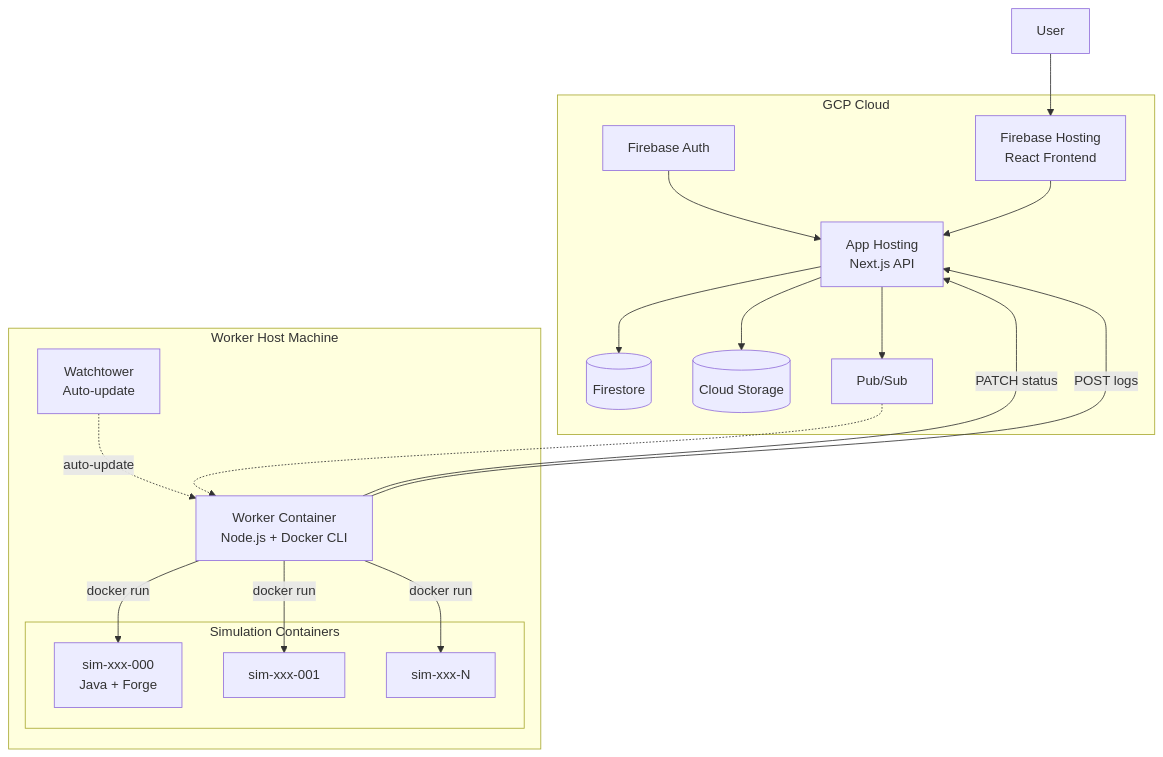
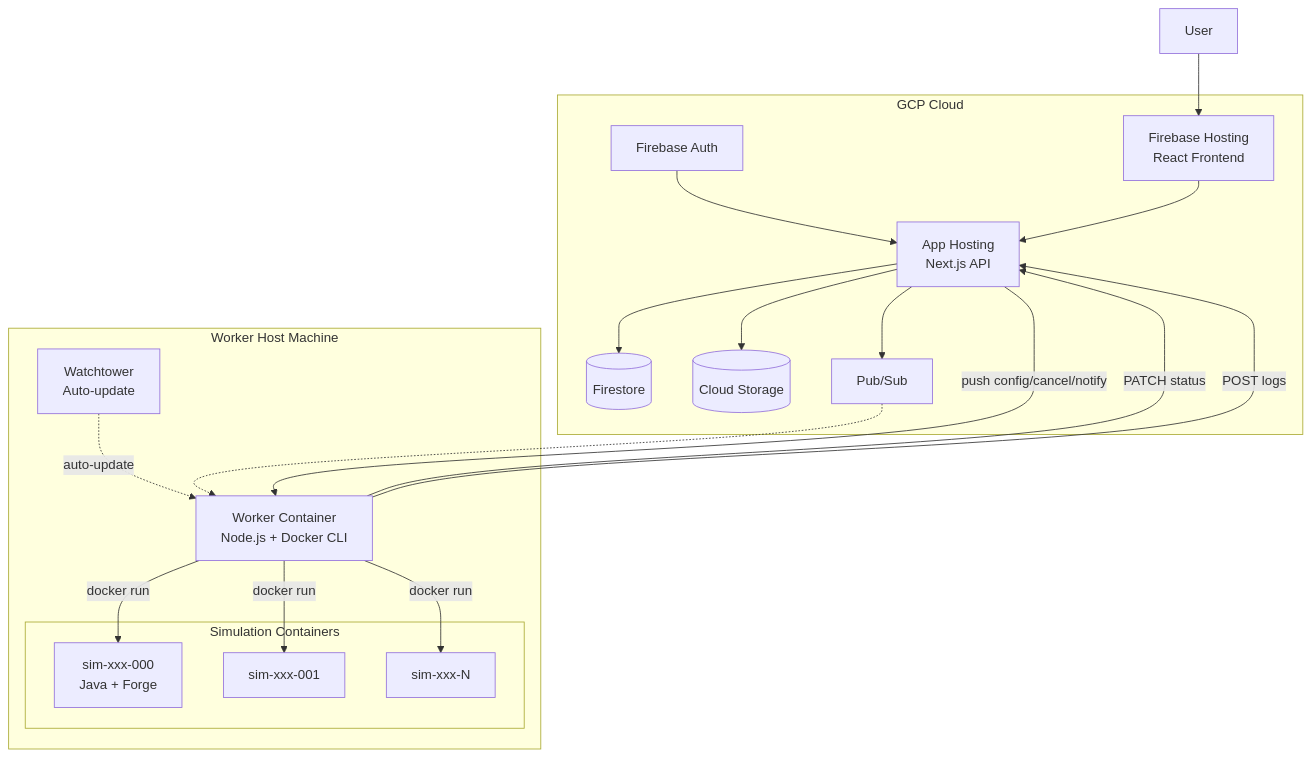
The first of 5 diagrams in docs/ARCHITECTURE.md (TytaniumDev/MagicBracketSimulator), drawn with Mermaid before and after one commit. The commit also changed other lines of this file and 18 other files, not shown here.

First line of the commit message:
Add worker HTTP API for push-based control (config, cancel, notify, drain)

````diff
--- a/docs/ARCHITECTURE.md
+++ b/docs/ARCHITECTURE.md
@@ -21,37 +21,38 @@
 ```mermaid
 flowchart TB
     subgraph gcp [GCP Cloud]
         AppHosting[App Hosting<br/>Next.js API]
         Firestore[(Firestore)]
         GCS[(Cloud Storage)]
         PubSub[Pub/Sub]
         FirebaseAuth[Firebase Auth]
         FirebaseHosting[Firebase Hosting<br/>React Frontend]
         AppHosting --> Firestore
         AppHosting --> GCS
         AppHosting --> PubSub
         FirebaseAuth --> AppHosting
     end
 
     subgraph worker_host [Worker Host Machine]
         Worker[Worker Container<br/>Node.js + Docker CLI]
         Watchtower[Watchtower<br/>Auto-update]
 
         subgraph sims [Simulation Containers]
             Sim1[sim-xxx-000<br/>Java + Forge]
             Sim2[sim-xxx-001]
             SimN[sim-xxx-N]
         end
 
         Worker -->|docker run| Sim1
         Worker -->|docker run| Sim2
         Worker -->|docker run| SimN
         Watchtower -.->|auto-update| Worker
     end
 
     User --> FirebaseHosting
     FirebaseHosting --> AppHosting
     PubSub -.-> Worker
+    AppHosting -->|push config/cancel/notify| Worker
     Worker -->|PATCH status| AppHosting
     Worker -->|POST logs| AppHosting
 ```
````
